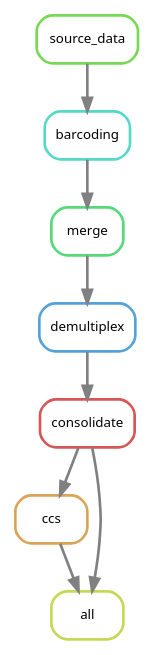
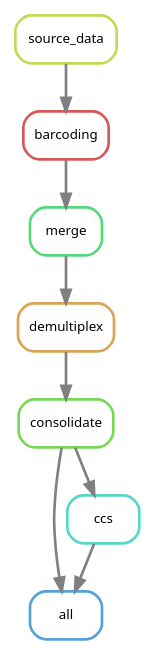
One commit to lumc-pgx/preprocessor changed the diagram in README.md. Above: the diagram before and after it, drawn with PlantUML.

Commit message:
updated dag

````diff
--- a/README.md
+++ b/README.md
@@ -12,61 +12,61 @@
 ```plantuml
 digraph snakemake_dag {
-        graph [bb="0,0,92,468",
-                bgcolor=white,
-                margin=0
-        ];
-        node [fontname=sans,
-                fontsize=10,
-                label="\N",
-                penwidth=2,
-                shape=box,
-                style=rounded
-        ];
-        edge [color=grey,
-                penwidth=2
-        ];
-        0        [color="0.38 0.6 0.85",
-                height=0.5,
-                label=merge,
-                pos="54,306",
-                width=0.75];
-        5        [color="0.57 0.6 0.85",
-                height=0.5,
-                label=demultiplex,
-                pos="54,234",
-                width=1];
-        0 -> 5   [pos="e,54,252.1 54,287.7 54,279.98 54,270.71 54,262.11"];
-        1        [color="0.48 0.6 0.85",
-                height=0.5,
-                label=barcoding,
-                pos="54,378",
-                width=0.88889];
-        1 -> 0   [pos="e,54,324.1 54,359.7 54,351.98 54,342.71 54,334.11"];
-        2        [color="0.00 0.6 0.85",
-                height=0.5,
-                label=consolidate,
-                pos="54,162",
-                width=0.97917];
-        3        [color="0.10 0.6 0.85",
-                height=0.5,
-                label=ccs,
-                pos="27,90",
-                width=0.75];
-        2 -> 3   [pos="e,33.597,108.1 47.326,143.7 44.285,135.81 40.617,126.3 37.239,117.55"];
-        4        [color="0.19 0.6 0.85",
-                height=0.5,
-                label=all,
-                pos="54,18",
-                width=0.75];
-        2 -> 4   [pos="e,57.654,36.092 57.654,143.91 59.676,133.57 61.981,120.09 63,108 64.344,92.057 64.344,87.943 63,72 62.283,63.499 60.931,54.312 59.488,\
-46.012"];
-        3 -> 4   [pos="e,47.403,36.104 33.674,71.697 36.715,63.813 40.383,54.304 43.761,45.546"];
-        5 -> 2   [pos="e,54,180.1 54,215.7 54,207.98 54,198.71 54,190.11"];
-        6        [color="0.29 0.6 0.85",
-                height=0.5,
-                label=source_data,
-                pos="54,450",
-                width=1.0556];
-        6 -> 1   [pos="e,54,396.1 54,431.7 54,423.98 54,414.71 54,406.11"];
+	graph [bb="0,0,93,468",
+		bgcolor=white,
+		margin=0
+	];
+	node [fontname=sans,
+		fontsize=10,
+		label="\N",
+		penwidth=2,
+		shape=box,
+		style=rounded
+	];
+	edge [color=grey,
+		penwidth=2
+	];
+	0	 [color="0.19 0.6 0.85",
+		height=0.5,
+		label=source_data,
+		pos="38,450",
+		width=1.0556];
+	2	 [color="0.00 0.6 0.85",
+		height=0.5,
+		label=barcoding,
+		pos="38,378",
+		width=0.88889];
+	0 -> 2	 [pos="e,38,396.1 38,431.7 38,423.98 38,414.71 38,406.11"];
+	1	 [color="0.57 0.6 0.85",
+		height=0.5,
+		label=all,
+		pos="38,18",
+		width=0.75];
+	4	 [color="0.38 0.6 0.85",
+		height=0.5,
+		label=merge,
+		pos="38,306",
+		width=0.75];
+	2 -> 4	 [pos="e,38,324.1 38,359.7 38,351.98 38,342.71 38,334.11"];
+	3	 [color="0.29 0.6 0.85",
+		height=0.5,
+		label=consolidate,
+		pos="38,162",
+		width=0.97917];
+	3 -> 1	 [pos="e,34.752,36.112 34.752,143.89 32.954,133.54 30.905,120.06 30,108 28.803,92.045 28.803,87.955 30,72 30.637,63.518 31.838,54.336 33.121,\
+46.036"];
+	5	 [color="0.48 0.6 0.85",
+		height=0.5,
+		label=ccs,
+		pos="66,90",
+		width=0.75];
+	3 -> 5	 [pos="e,59.158,108.1 44.921,143.7 48.075,135.81 51.878,126.3 55.381,117.55"];
+	6	 [color="0.10 0.6 0.85",
+		height=0.5,
+		label=demultiplex,
+		pos="38,234",
+		width=1];
+	4 -> 6	 [pos="e,38,252.1 38,287.7 38,279.98 38,270.71 38,262.11"];
+	5 -> 1	 [pos="e,44.842,36.104 59.079,71.697 55.925,63.813 52.122,54.304 48.619,45.546"];
+	6 -> 3	 [pos="e,38,180.1 38,215.7 38,207.98 38,198.71 38,190.11"];
 }
 ```
````
